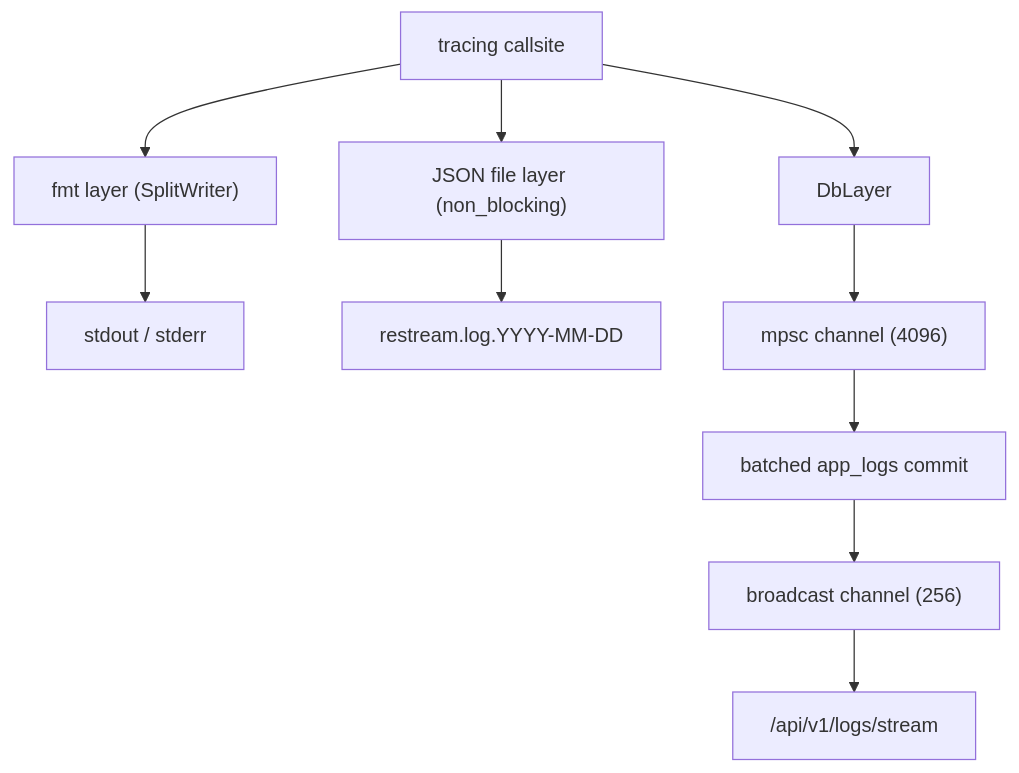
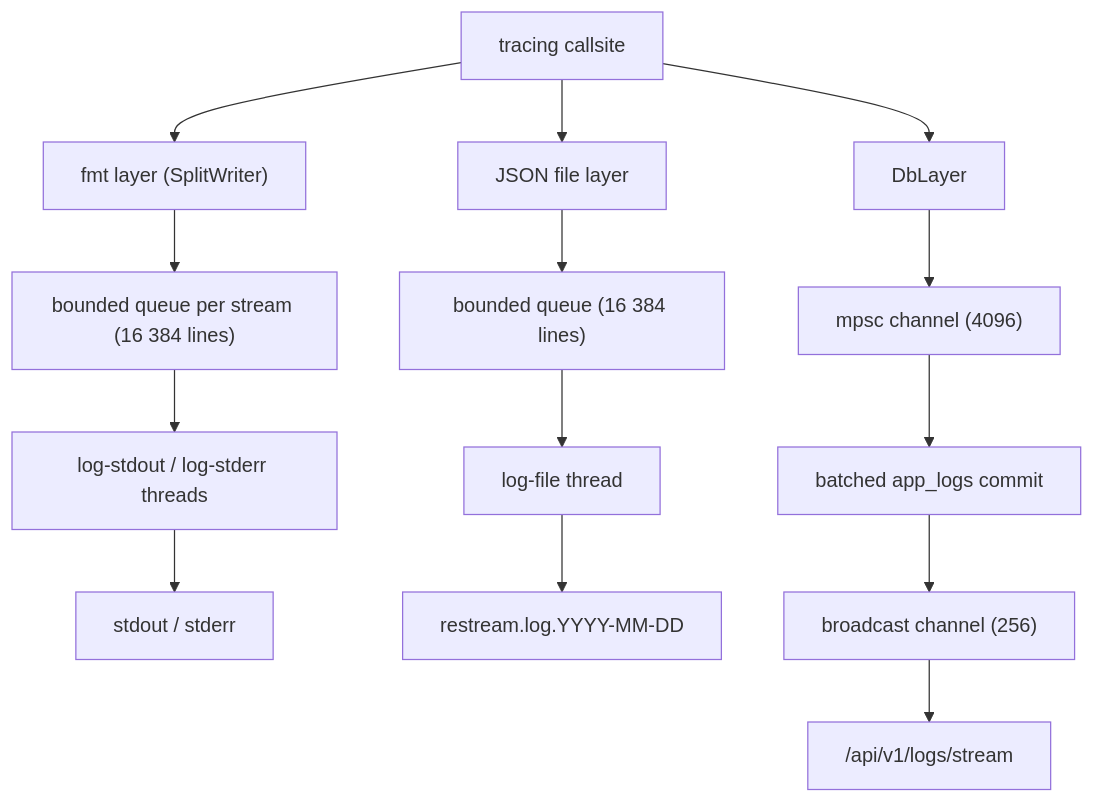
The third of 3 diagrams in docs/observability.md (krsna1729/restream), drawn with Mermaid before and after one commit. The commit also changed other lines of this file and 8 other files, not shown here.

````diff
--- a/docs/observability.md
+++ b/docs/observability.md
@@ -664,17 +665,21 @@
 ```mermaid
 flowchart TD
     Callsite["tracing callsite"]
     Console["fmt layer (SplitWriter)"]
-    File["JSON file layer (non_blocking)"]
+    File["JSON file layer"]
+    Queues["bounded queue per stream (16 384 lines)"]
+    FileQueue["bounded queue (16 384 lines)"]
+    Writers["log-stdout / log-stderr threads"]
+    FileWriter["log-file thread"]
     Db["DbLayer"]
     Streams["stdout / stderr"]
     Daily["restream.log.YYYY-MM-DD"]
     Channel["mpsc channel (4096)"]
     Commit["batched app_logs commit"]
     Broadcast["broadcast channel (256)"]
     Sse["/api/v1/logs/stream"]
 
-    Callsite --> Console --> Streams
-    Callsite --> File --> Daily
+    Callsite --> Console --> Queues --> Writers --> Streams
+    Callsite --> File --> FileQueue --> FileWriter --> Daily
     Callsite --> Db --> Channel --> Commit --> Broadcast --> Sse
 ```
````
